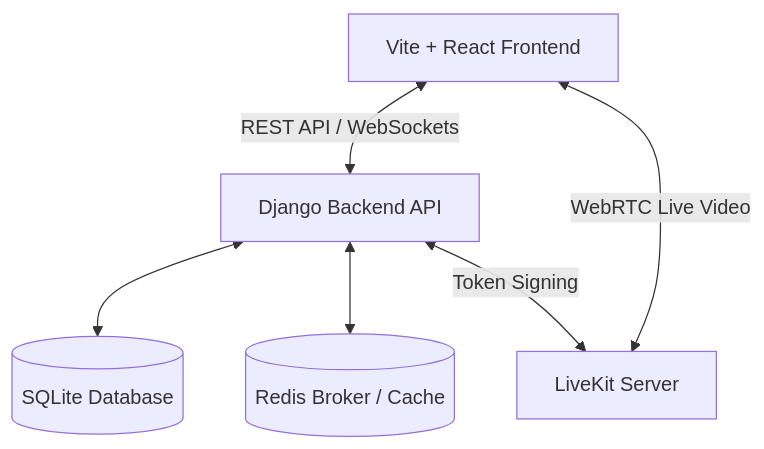
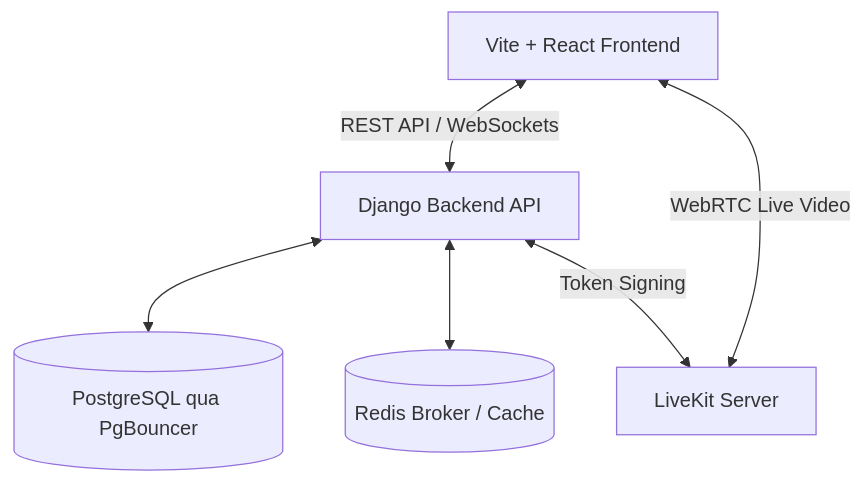
The diagram in README.md (Lebinh10092003/Education-Exam), drawn with Mermaid before and after one commit. The commit also changed other lines of this file and 4 other files, not shown here.

````diff
--- a/README.md
+++ b/README.md
@@ -129,8 +129,8 @@
 ```mermaid
 graph TD
     A[Vite + React Frontend] <-->|REST API / WebSockets| B[Django Backend API]
-    B <--> C[(SQLite Database)]
+    B <--> C[(PostgreSQL qua PgBouncer)]
     B <--> D[(Redis Broker / Cache)]
     A <-->|WebRTC Live Video| E[LiveKit Server]
     B <-->|Token Signing| E
 ```
````
